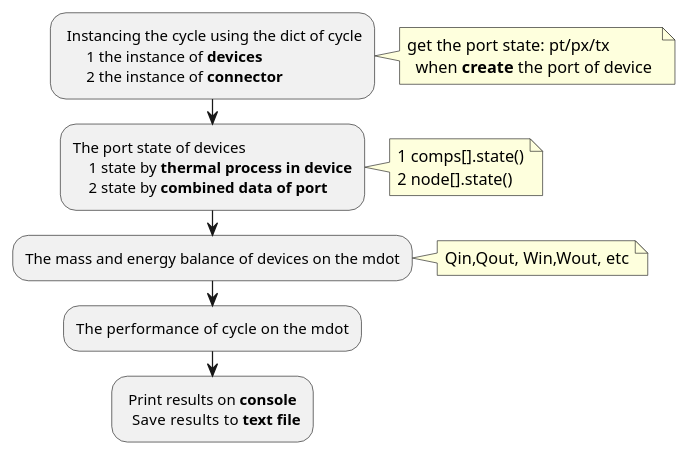
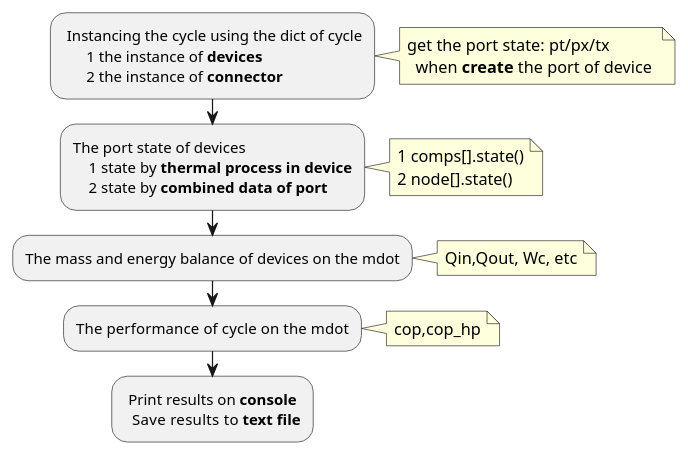
The first of 28 diagrams in PlantUML_Flowchart.md (thermalogic/SimVCCE), drawn with PlantUML before and after one commit. The commit also changed other lines of this file and 1 other file, not shown here.

Commit message:
add playground

````diff
--- a/PlantUML_Flowchart.md
+++ b/PlantUML_Flowchart.md
@@ -37,24 +37,28 @@
 ```puml
 : Instancing the cycle using the dict of cycle 
       1 the instance of **devices**    
       2 the instance of **connector**;
 note right
     get the port state: pt/px/tx 
       when **create** the port of device 
 end note
 :The port state of devices
     1 state by **thermal process in device**
     2 state by **combined data of port**;
 note right
     1 comps[].state()
     2 node[].state()
 end note
 :The mass and energy balance of devices on the mdot;
 note right
-    Qin,Qout, Win,Wout, etc
+    Qin,Qout, Wc, etc
 end note
 
 :The performance of cycle  on the mdot;
+note right
+    cop,cop_hp
+end note
+
 : Print results on **console**  
   Save  results to **text file**; 
 ```
````
